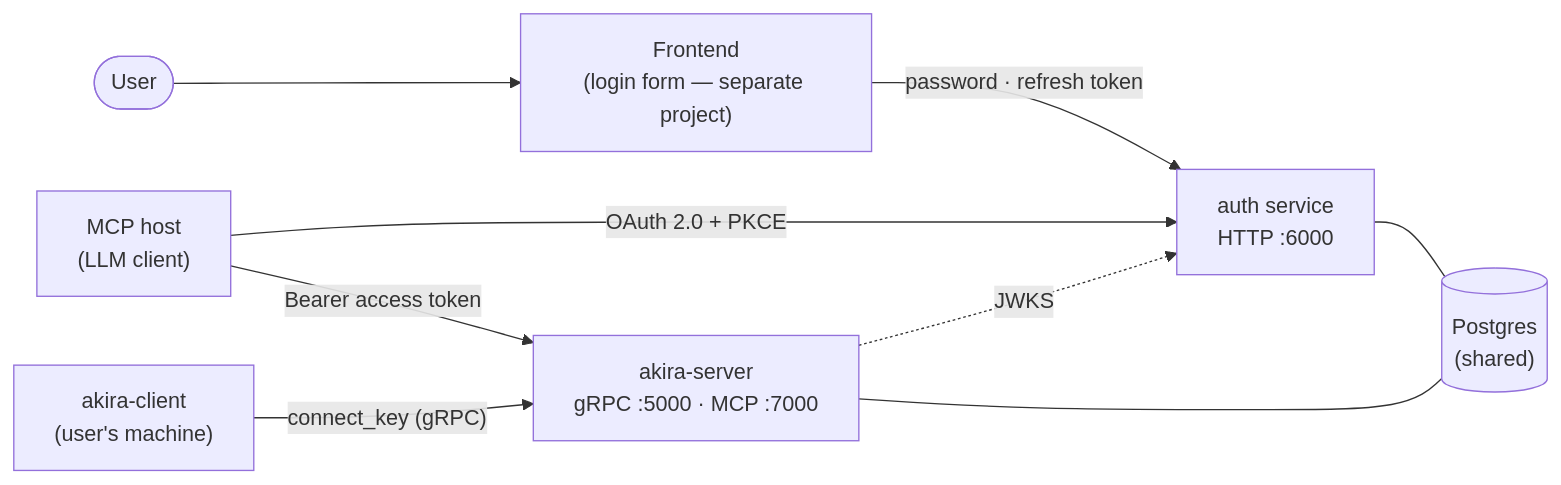
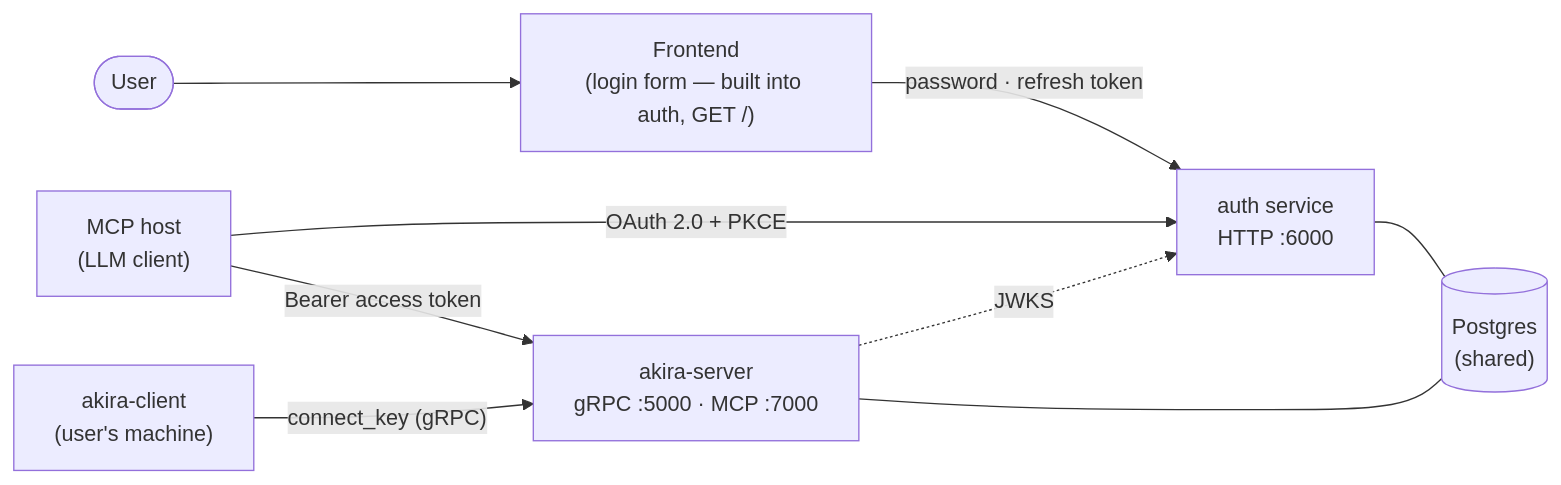
The first of 4 diagrams in docs/auth-flow.md (PinguinAdvokat/akira-mcp), drawn with Mermaid before and after one commit. The commit also changed other lines of this file and 11 other files, not shown here.

First line of the commit message:
feat: built-in frontend for the auth service

````diff
--- a/docs/auth-flow.md
+++ b/docs/auth-flow.md
@@ -26,19 +26,19 @@
 ```mermaid
 flowchart LR
     U(["User"])
-    FE["Frontend<br/>(login form — separate project)"]
+    FE["Frontend<br/>(login form — built into auth, GET /)"]
     HOST["MCP host<br/>(LLM client)"]
     CLI["akira-client<br/>(user's machine)"]
     AUTH["auth service<br/>HTTP :6000"]
     AKIRA["akira-server<br/>gRPC :5000 · MCP :7000"]
     PG[("Postgres<br/>(shared)")]
 
     U --> FE
     FE -->|"password · refresh token"| AUTH
     HOST -->|"OAuth 2.0 + PKCE"| AUTH
     HOST -->|"Bearer access token"| AKIRA
     AKIRA -.->|"JWKS"| AUTH
     CLI -->|"connect_key (gRPC)"| AKIRA
     AUTH --- PG
     AKIRA --- PG
 ```
````
